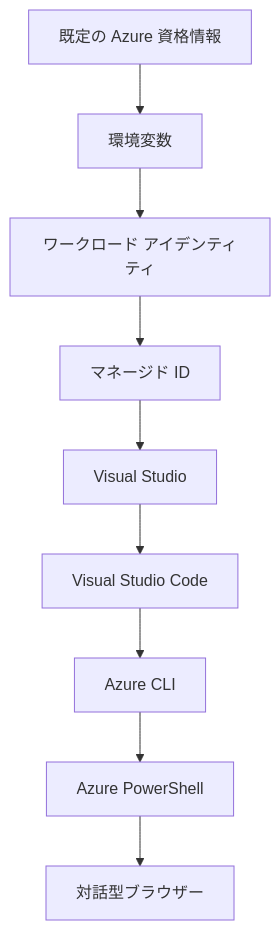
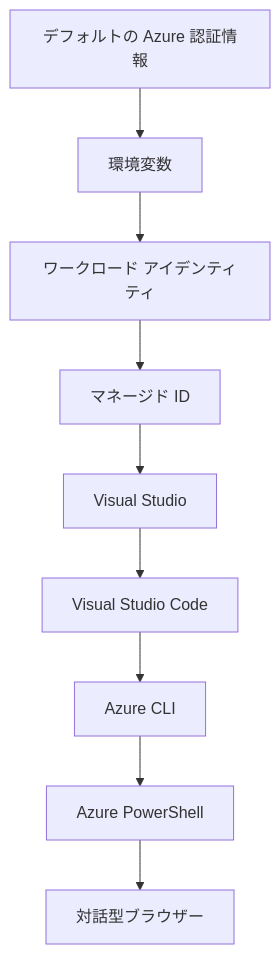
The second of 2 diagrams in translations/ja/docs/chapter-01-foundation/azd-basics.md (microsoft/AZD-for-beginners), drawn with Mermaid before and after one commit. The commit also changed other lines of this file and 101 other files, not shown here.

````diff
--- a/translations/ja/docs/chapter-01-foundation/azd-basics.md
+++ b/translations/ja/docs/chapter-01-foundation/azd-basics.md
@@ -558,11 +593,11 @@
 ```mermaid
 graph TD
-    A[既定の Azure 資格情報] --> B[環境変数]
+    A[デフォルトの Azure 認証情報] --> B[環境変数]
     B --> C[ワークロード アイデンティティ]
     C --> D[マネージド ID]
     D --> E[Visual Studio]
     E --> F[Visual Studio Code]
     F --> G[Azure CLI]
     G --> H[Azure PowerShell]
     H --> I[対話型ブラウザー]
 ```
````
